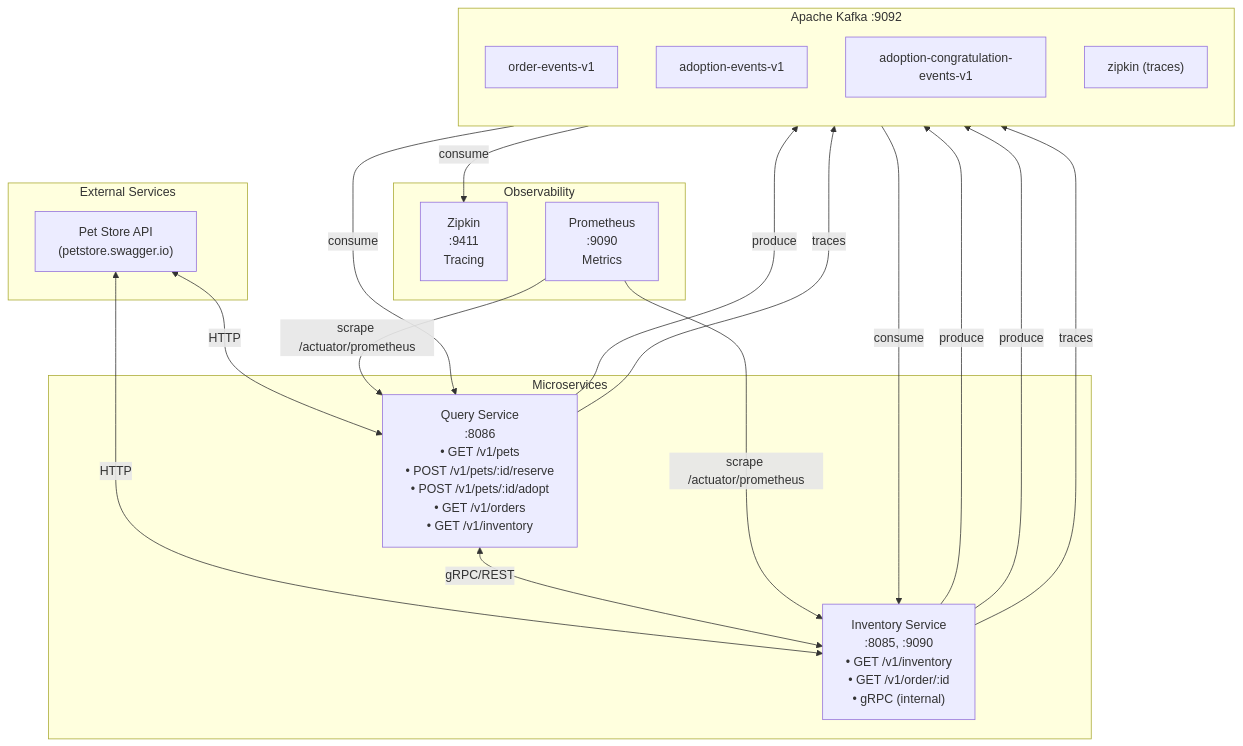
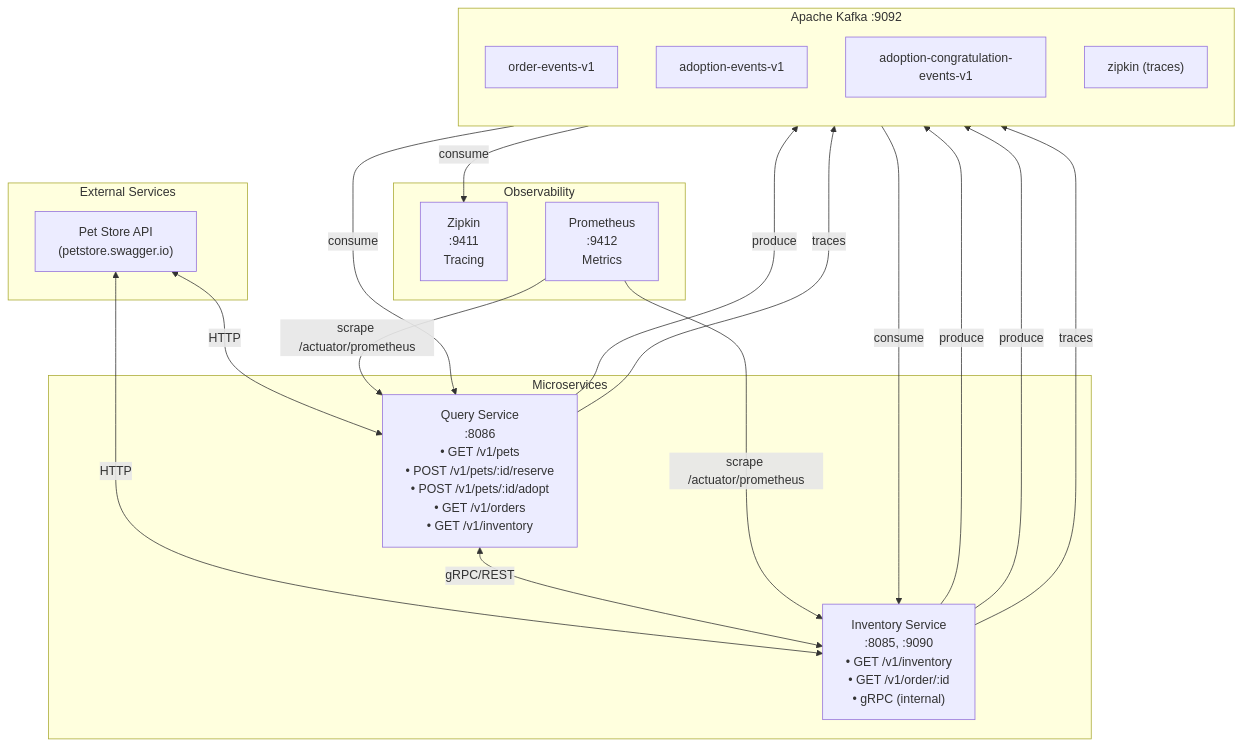
Before and after one commit to hdmsantander/microservices-ops-demo: the diagram in README.md, drawn with Mermaid. The commit also changed other lines of this file and 8 other files, not shown here.

````diff
--- a/README.md
+++ b/README.md
@@ -53,41 +53,41 @@
 ```mermaid
 flowchart TB
     subgraph External["External Services"]
         PetStore["Pet Store API<br/>(petstore.swagger.io)"]
     end
 
     subgraph Microservices["Microservices"]
         Query["Query Service<br/>:8086<br/>• GET /v1/pets<br/>• POST /v1/pets/:id/reserve<br/>• POST /v1/pets/:id/adopt<br/>• GET /v1/orders<br/>• GET /v1/inventory"]
         Inventory["Inventory Service<br/>:8085, :9090<br/>• GET /v1/inventory<br/>• GET /v1/order/:id<br/>• gRPC (internal)"]
     end
 
     subgraph Kafka["Apache Kafka :9092"]
         direction TB
         OE["order-events-v1"]
         AE["adoption-events-v1"]
         ACE["adoption-congratulation-events-v1"]
         ZipkinTopic["zipkin (traces)"]
     end
 
     subgraph Observability["Observability"]
         Zipkin["Zipkin<br/>:9411<br/>Tracing"]
-        Prometheus["Prometheus<br/>:9090<br/>Metrics"]
+        Prometheus["Prometheus<br/>:9412<br/>Metrics"]
     end
 
     PetStore <-->|HTTP| Query
     PetStore <-->|HTTP| Inventory
     Query <-->|gRPC/REST| Inventory
 
     Inventory -->|produce| OE
     OE -->|consume| Query
     Query -->|produce| AE
     AE -->|consume| Inventory
     Inventory -->|produce| ACE
 
     Query -->|traces| ZipkinTopic
     Inventory -->|traces| ZipkinTopic
     ZipkinTopic -->|consume| Zipkin
 
     Prometheus -->|scrape /actuator/prometheus| Query
     Prometheus -->|scrape /actuator/prometheus| Inventory
 ```
````
